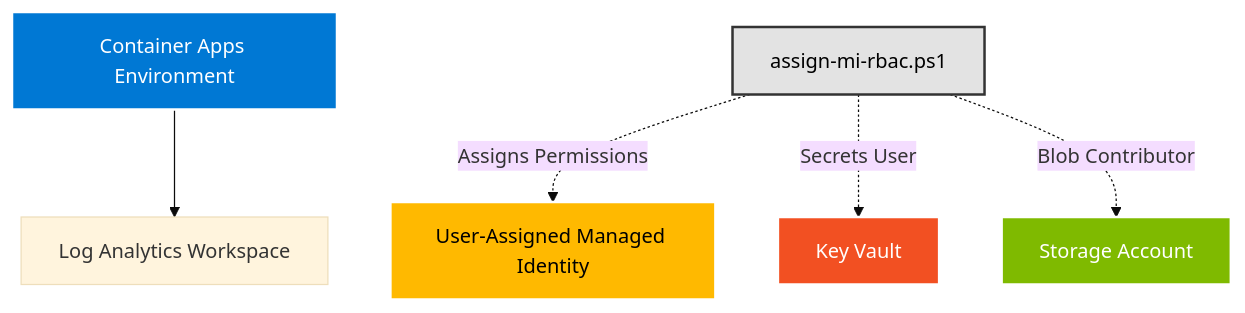
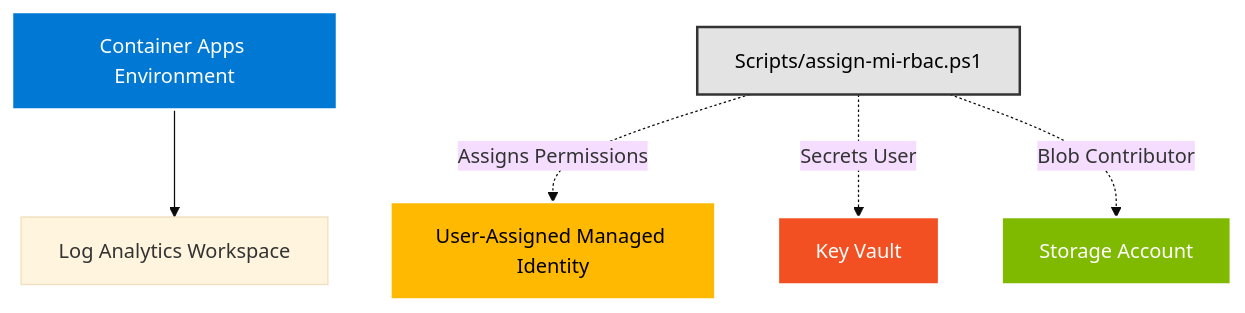
The diagram in Deployment/README.md (seekdavidlee/eklee-keyvault), drawn with Mermaid (base theme) before and after one commit. The commit also changed other lines of this file and 11 other files, not shown here.

````diff
--- a/Deployment/README.md
+++ b/Deployment/README.md
@@ -20,16 +20,16 @@
 ```mermaid
 graph TB
     A[Container Apps Environment] --> F[Log Analytics Workspace]
     B[User-Assigned Managed Identity] 
     C[Key Vault]
     D[Storage Account]
-    G[assign-mi-rbac.ps1] -.Assigns Permissions.-> B
+    G[Scripts/assign-mi-rbac.ps1] -.Assigns Permissions.-> B
     G -.Secrets User.-> C
     G -.Blob Contributor.-> D
     
     style A fill:#0078d4,stroke:#fff,stroke-width:2px,color:#fff
     style B fill:#ffb900,stroke:#fff,stroke-width:2px,color:#000
     style C fill:#f25022,stroke:#fff,stroke-width:2px,color:#fff
     style D fill:#7fba00,stroke:#fff,stroke-width:2px,color:#fff
     style G fill:#e3e3e3,stroke:#333,stroke-width:2px,color:#000
 ```
````
